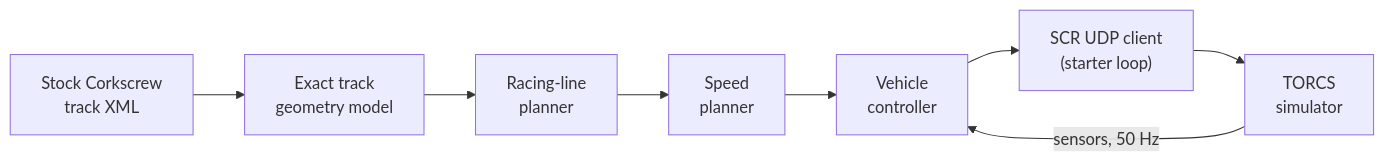
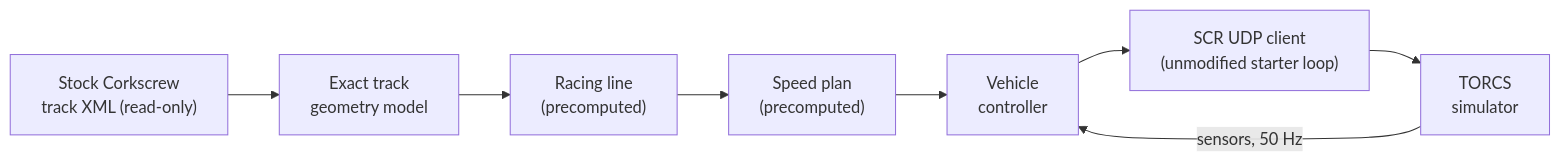
The diagram in README.md (youssefabdelkariem/IBM-AI-Racing-League), drawn with Mermaid before and after one commit. The commit also changed other lines of this file and 92 other files, not shown here.

````diff
--- a/README.md
+++ b/README.md
@@ -31,10 +67,10 @@
 ```mermaid
 flowchart LR
-    A["Stock Corkscrew<br/>track XML"] --> B["Exact track<br/>geometry model"]
-    B --> C["Racing-line<br/>planner"]
-    C --> D["Speed<br/>planner"]
+    A["Stock Corkscrew<br/>track XML (read-only)"] --> B["Exact track<br/>geometry model"]
+    B --> C["Racing line<br/>(precomputed)"]
+    C --> D["Speed plan<br/>(precomputed)"]
     D --> E["Vehicle<br/>controller"]
-    E --> F["SCR UDP client<br/>(starter loop)"]
+    E --> F["SCR UDP client<br/>(unmodified starter loop)"]
     F --> G["TORCS<br/>simulator"]
     G -- "sensors, 50 Hz" --> E
 ```
````
